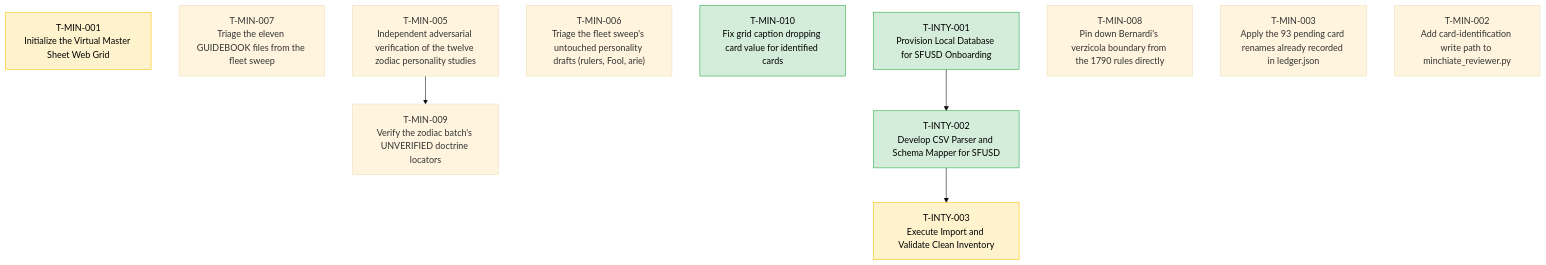
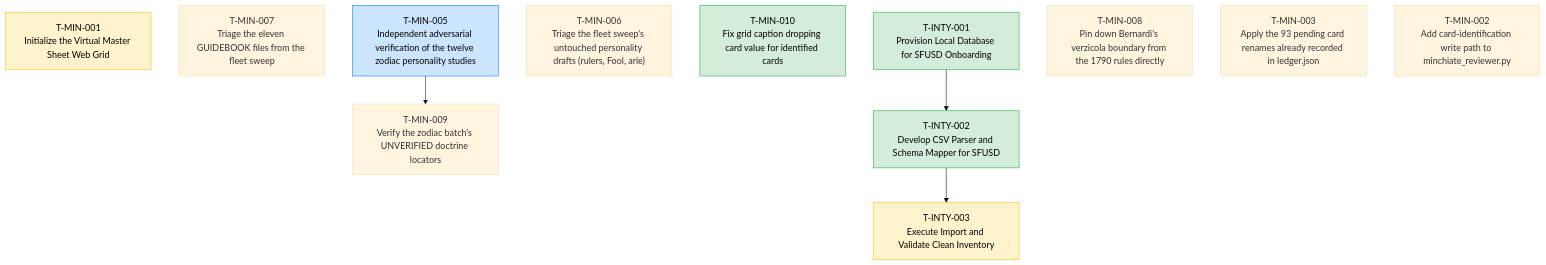
The diagram in TASKS.md (wgmilleriii/task_coordinator), drawn with Mermaid (base theme) before and after one commit. The commit also changed other lines of this file and 1 other file, not shown here.

Commit message:
T-MIN-005: claimed by Verifier-F5

````diff
--- a/TASKS.md
+++ b/TASKS.md
@@ -7,22 +7,22 @@
 ```mermaid
 graph TD
     classDef done fill:#d4edda,stroke:#28a745,color:#000;
     classDef blocked fill:#f8d7da,stroke:#dc3545,color:#000;
     classDef review fill:#fff3cd,stroke:#ffc107,color:#000;
     classDef active fill:#cce5ff,stroke:#007bff,color:#000;
     T-MIN-001["T-MIN-001<br/>Initialize the Virtual Master Sheet Web Grid"]:::review
     T-MIN-007["T-MIN-007<br/>Triage the eleven GUIDEBOOK files from the fleet sweep"]
     T-INTY-001["T-INTY-001<br/>Provision Local Database for SFUSD Onboarding"]:::done
     T-MIN-006["T-MIN-006<br/>Triage the fleet sweep's untouched personality drafts (rulers, Fool, arie)"]
     T-MIN-010["T-MIN-010<br/>Fix grid caption dropping card value for identified cards"]:::done
-    T-MIN-005["T-MIN-005<br/>Independent adversarial verification of the twelve zodiac personality studies"]
+    T-MIN-005["T-MIN-005<br/>Independent adversarial verification of the twelve zodiac personality studies"]:::active
     T-MIN-009["T-MIN-009<br/>Verify the zodiac batch's UNVERIFIED doctrine locators"]
     T-MIN-005 --> T-MIN-009
     T-INTY-003["T-INTY-003<br/>Execute Import and Validate Clean Inventory"]:::review
     T-INTY-002 --> T-INTY-003
     T-INTY-002["T-INTY-002<br/>Develop CSV Parser and Schema Mapper for SFUSD"]:::done
     T-INTY-001 --> T-INTY-002
     T-MIN-008["T-MIN-008<br/>Pin down Bernardi's verzicola boundary from the 1790 rules directly"]
     T-MIN-003["T-MIN-003<br/>Apply the 93 pending card renames already recorded in ledger.json"]
     T-MIN-002["T-MIN-002<br/>Add card-identification write path to minchiate_reviewer.py"]
 ```
````
